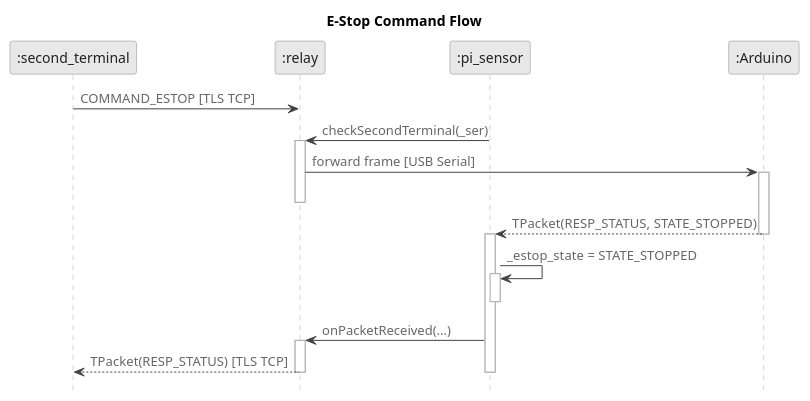
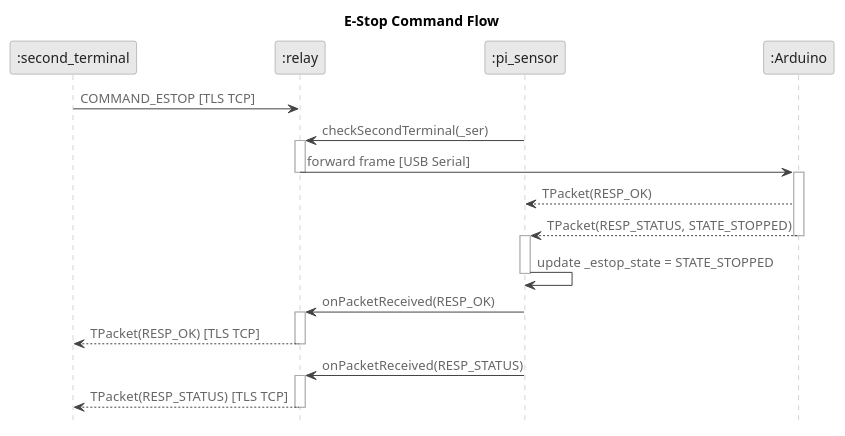
One commit to vanillashake17/epp2-updated changed the diagram in code1/diagrams/estop.puml. Above: the diagram before and after it, drawn with PlantUML. The commit also changed 1 other file, not shown here.

Commit message:
fix(diagrams): correct E-Stop command flow diagram and update state handling

```diff
--- a/code1/diagrams/estop.puml
+++ b/code1/diagrams/estop.puml
@@ -1,47 +1,51 @@
-@startuml seq_estop
+@startuml E_Stop_Command_Flow
 skinparam backgroundColor white
 skinparam defaultFontName "Helvetica"
 skinparam sequenceArrowColor #444444
 skinparam sequenceArrowFontColor #666666
 skinparam sequenceLifeLineBorderColor #aaaaaa
 skinparam sequenceLifeLineBackgroundColor white
 skinparam participantBackgroundColor #e8e8e8
 skinparam participantBorderColor #888888
 skinparam participantFontColor #222222
 skinparam activationBarBackgroundColor #d0d0d0
 skinparam activationBarBorderColor #888888
 skinparam noteBackgroundColor #f0f0f0
 skinparam noteBorderColor #aaaaaa
 skinparam noteFontColor #333333
 hide footbox
 
 title E-Stop Command Flow
 
 participant ":second_terminal" as st
 participant ":relay" as relay
 participant ":pi_sensor" as pi
 participant ":Arduino" as ard
 
 st -> relay : COMMAND_ESTOP [TLS TCP]
 
 pi -> relay : checkSecondTerminal(_ser)
 activate relay
 relay -> ard : forward frame [USB Serial]
+deactivate relay
 activate ard
-deactivate relay
 
+ard --> pi : TPacket(RESP_OK)
 ard --> pi : TPacket(RESP_STATUS, STATE_STOPPED)
 deactivate ard
 
 activate pi
-pi -> pi : _estop_state = STATE_STOPPED
-activate pi
+pi -> pi : update _estop_state = STATE_STOPPED
 deactivate pi
 
-pi -> relay : onPacketReceived(...)
+pi -> relay : onPacketReceived(RESP_OK)
+activate relay
+relay --> st : TPacket(RESP_OK) [TLS TCP]
+deactivate relay
+
+pi -> relay : onPacketReceived(RESP_STATUS)
 activate relay
 relay --> st : TPacket(RESP_STATUS) [TLS TCP]
 deactivate relay
-deactivate pi
 
 @enduml
```
